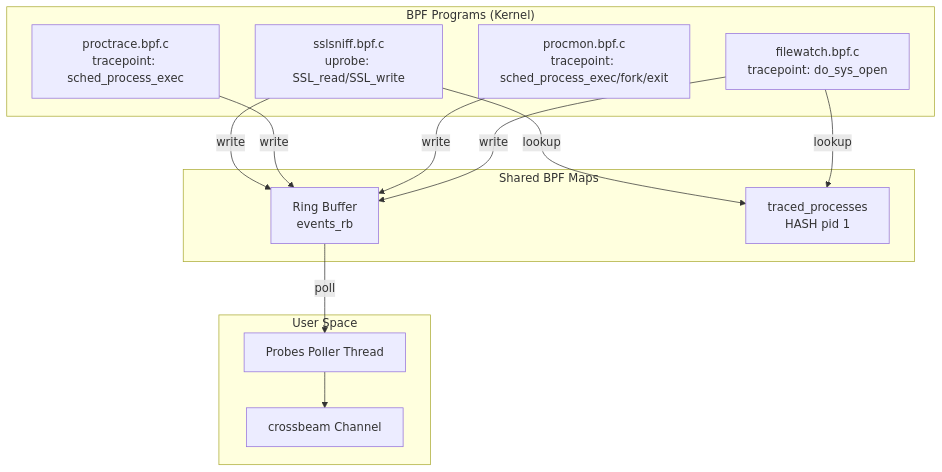
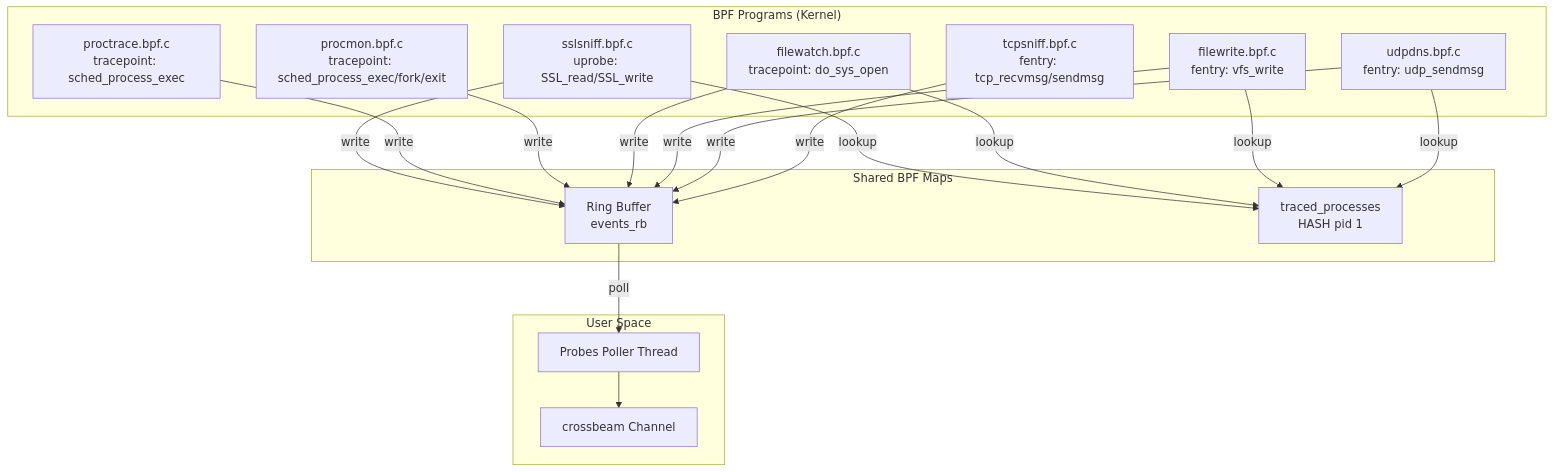
The diagram in src/agentsight/docs/design-docs/ebpf-probes.md (aliyun/coolbpf), drawn with Mermaid before and after one commit. The commit also changed other lines of this file and 2 other files, not shown here.

````diff
--- a/src/agentsight/docs/design-docs/ebpf-probes.md
+++ b/src/agentsight/docs/design-docs/ebpf-probes.md
@@ -9,29 +9,37 @@
 ```mermaid
 graph TB
     subgraph BPF["BPF Programs (Kernel)"]
         SSL[sslsniff.bpf.c<br/>uprobe: SSL_read/SSL_write]
         PT[proctrace.bpf.c<br/>tracepoint: sched_process_exec]
         PM[procmon.bpf.c<br/>tracepoint: sched_process_exec/fork/exit]
         FW[filewatch.bpf.c<br/>tracepoint: do_sys_open]
+        FWR[filewrite.bpf.c<br/>fentry: vfs_write]
+        UD[udpdns.bpf.c<br/>fentry: udp_sendmsg]
+        TS[tcpsniff.bpf.c<br/>fentry: tcp_recvmsg/sendmsg]
     end
 
     subgraph Shared["Shared BPF Maps"]
         RB[Ring Buffer<br/>events_rb]
         TM[traced_processes<br/>HASH pid 1]
     end
 
     SSL -->|write| RB
     PT -->|write| RB
     PM -->|write| RB
     FW -->|write| RB
+    FWR -->|write| RB
+    UD -->|write| RB
+    TS -->|write| RB
     SSL -->|lookup| TM
     FW -->|lookup| TM
+    FWR -->|lookup| TM
+    UD -->|lookup| TM
 
     subgraph Userspace["User Space"]
         P[Probes Poller Thread]
         CH[crossbeam Channel]
     end
 
     RB -->|poll| P
     P --> CH
 ```
````
